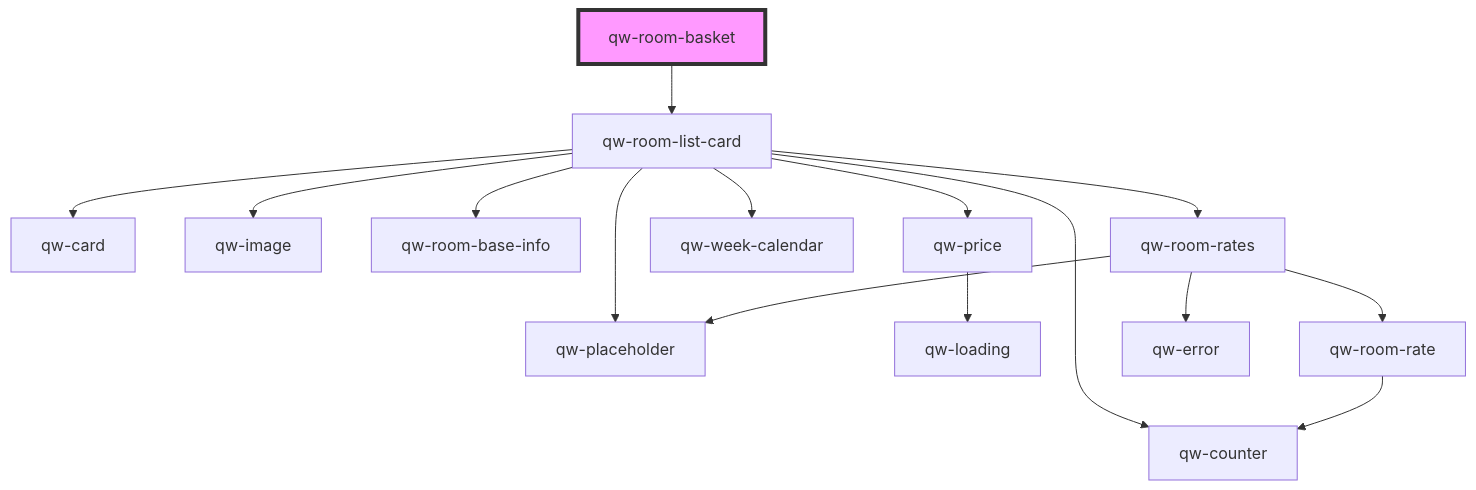
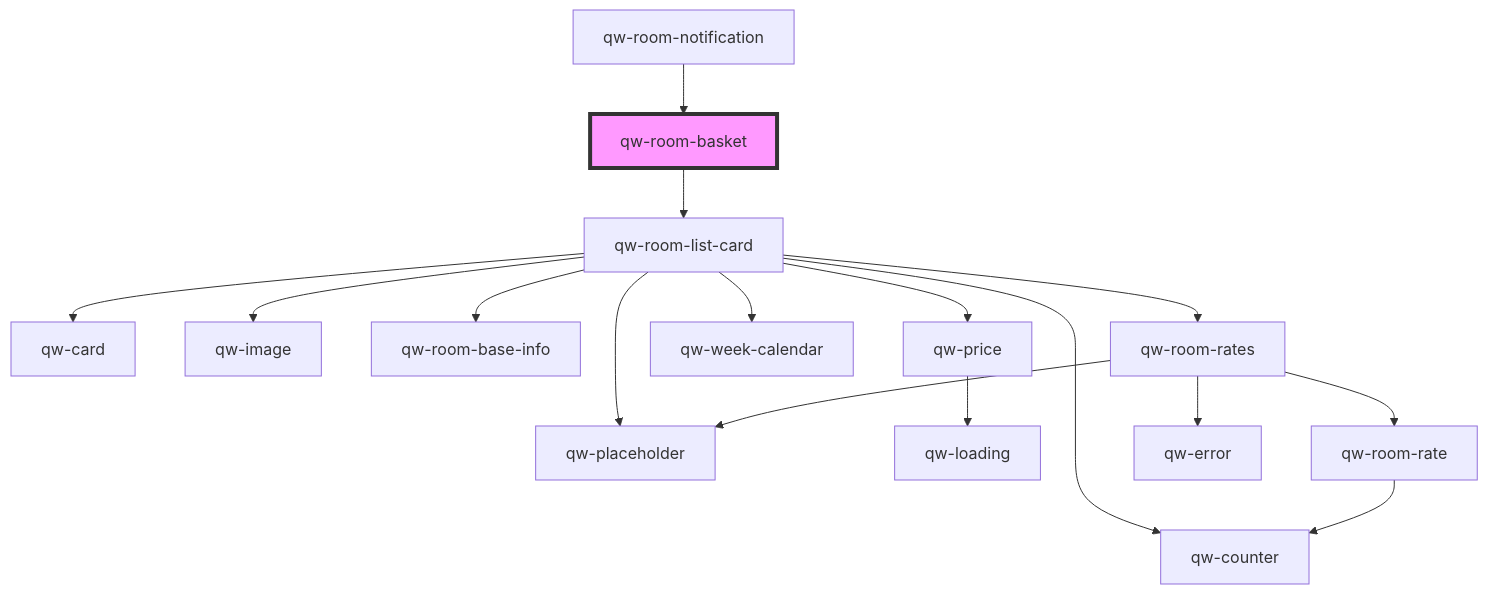
One commit to qwentes-team/qw-hotels changed the diagram in src/components/qw-room-basket/readme.md. Above: the diagram before and after it, drawn with Mermaid. The commit also changed other lines of this file and 14 other files, not shown here.

````diff
--- a/src/components/qw-room-basket/readme.md
+++ b/src/components/qw-room-basket/readme.md
@@ -22,18 +26,19 @@
 ```mermaid
 graph TD;
   qw-room-basket --> qw-room-list-card
   qw-room-list-card --> qw-card
   qw-room-list-card --> qw-image
   qw-room-list-card --> qw-room-base-info
   qw-room-list-card --> qw-placeholder
   qw-room-list-card --> qw-price
   qw-room-list-card --> qw-week-calendar
   qw-room-list-card --> qw-room-rates
   qw-room-list-card --> qw-counter
   qw-price --> qw-loading
   qw-room-rates --> qw-room-rate
   qw-room-rates --> qw-placeholder
   qw-room-rates --> qw-error
   qw-room-rate --> qw-counter
+  qw-room-notification --> qw-room-basket
   style qw-room-basket fill:#f9f,stroke:#333,stroke-width:4px
 ```
````
